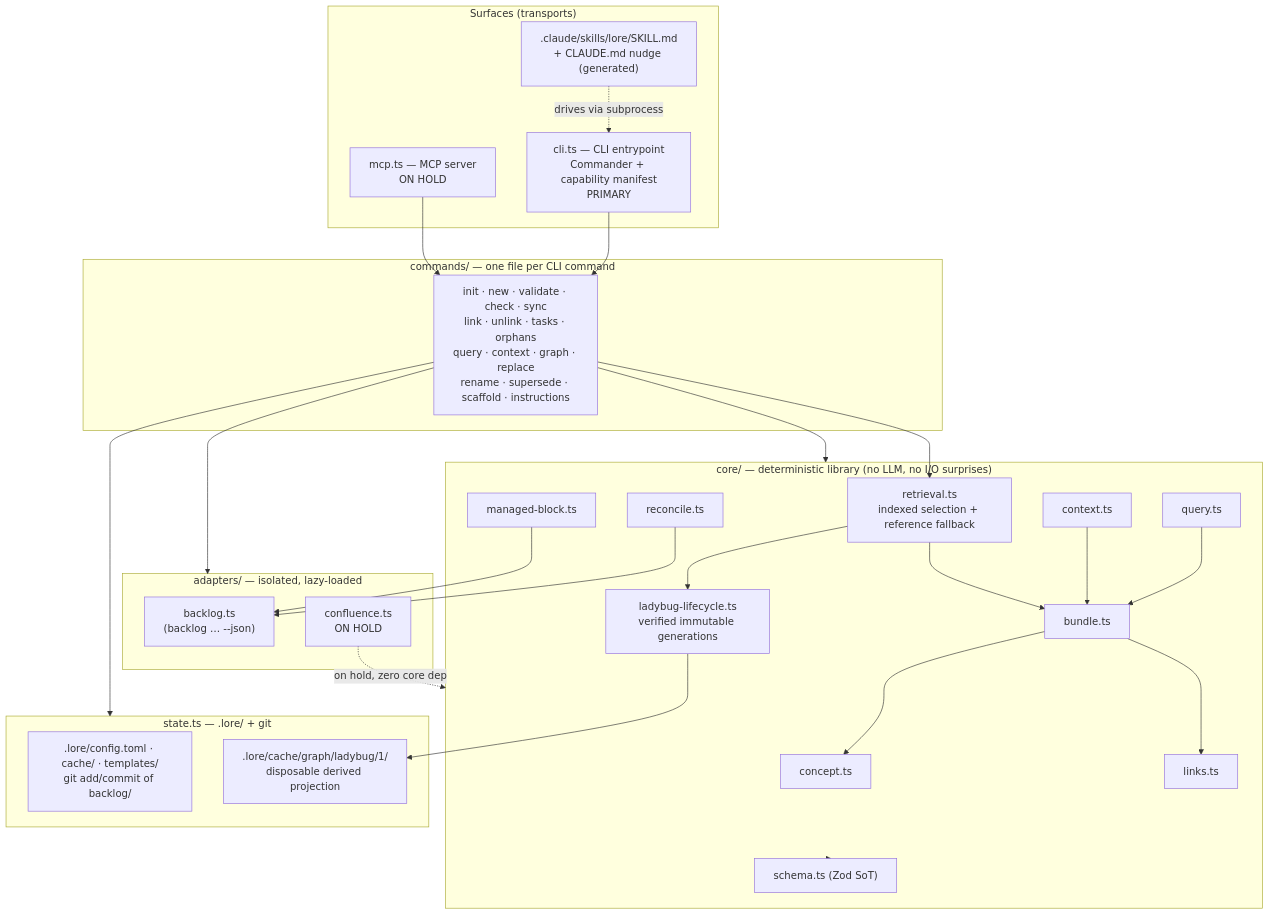
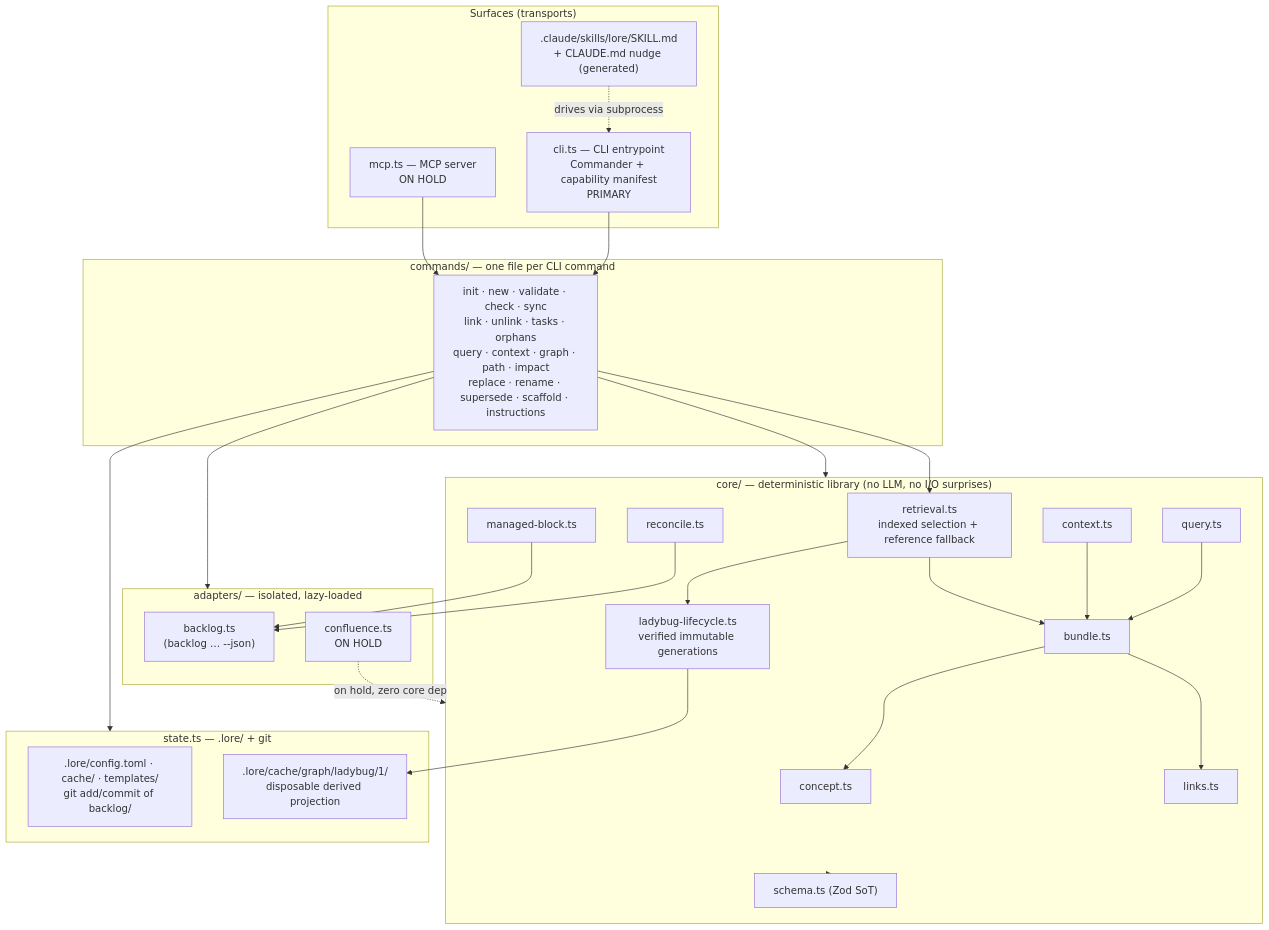
One commit to opum-ai/lore-cli changed the diagram in docs/reference/architecture.md. Above: the diagram before and after it, drawn with Mermaid. The commit also changed other lines of this file and 24 other files, not shown here.

Commit message:
feat: add bounded path and impact traversal

````diff
--- a/docs/reference/architecture.md
+++ b/docs/reference/architecture.md
@@ -31,54 +31,54 @@
 ```mermaid
 flowchart TD
     subgraph Surfaces["Surfaces (transports)"]
         CLI["cli.ts — CLI entrypoint<br/>Commander + capability manifest<br/>PRIMARY"]
         MCP["mcp.ts — MCP server<br/>ON HOLD"]
         SKILL[".claude/skills/lore/SKILL.md<br/>+ CLAUDE.md nudge (generated)"]
     end
 
     subgraph Commands["commands/ — one file per CLI command"]
-        CMD["init · new · validate · check · sync<br/>link · unlink · tasks · orphans<br/>query · context · graph · replace<br/>rename · supersede · scaffold · instructions"]
+        CMD["init · new · validate · check · sync<br/>link · unlink · tasks · orphans<br/>query · context · graph · path · impact<br/>replace · rename · supersede · scaffold · instructions"]
     end
 
     subgraph Core["core/ — deterministic library (no LLM, no I/O surprises)"]
         CONCEPT["concept.ts"]
         BUNDLE["bundle.ts"]
         MANAGED["managed-block.ts"]
         RECONCILE["reconcile.ts"]
         LINKS["links.ts"]
         QUERY["query.ts"]
         CONTEXT["context.ts"]
         RETRIEVAL["retrieval.ts<br/>indexed selection + reference fallback"]
         LIFECYCLE["ladybug-lifecycle.ts<br/>verified immutable generations"]
         SCHEMA["schema.ts (Zod SoT)"]
     end
 
     subgraph State["state.ts — .lore/ + git"]
         STATEIO[".lore/config.toml · cache/ · templates/<br/>git add/commit of backlog/"]
         LADYBUG[".lore/cache/graph/ladybug/1/<br/>disposable derived projection"]
     end
 
     subgraph Adapters["adapters/ — isolated, lazy-loaded"]
         BACKLOG["backlog.ts<br/>(backlog … --json)"]
         CONFLUENCE["confluence.ts<br/>ON HOLD"]
     end
 
     CLI --> CMD
     MCP --> CMD
     SKILL -. "drives via subprocess" .-> CLI
     CMD --> Core
     CMD --> State
     Core --> SCHEMA
     BUNDLE --> CONCEPT
     BUNDLE --> LINKS
     QUERY --> BUNDLE
     CONTEXT --> BUNDLE
     CMD --> RETRIEVAL
     RETRIEVAL --> LIFECYCLE
     RETRIEVAL --> BUNDLE
     LIFECYCLE --> LADYBUG
     RECONCILE --> BACKLOG
     MANAGED --> BACKLOG
     CMD --> Adapters
     CONFLUENCE -. "on hold, zero core dep" .-> Core
 ```
````
